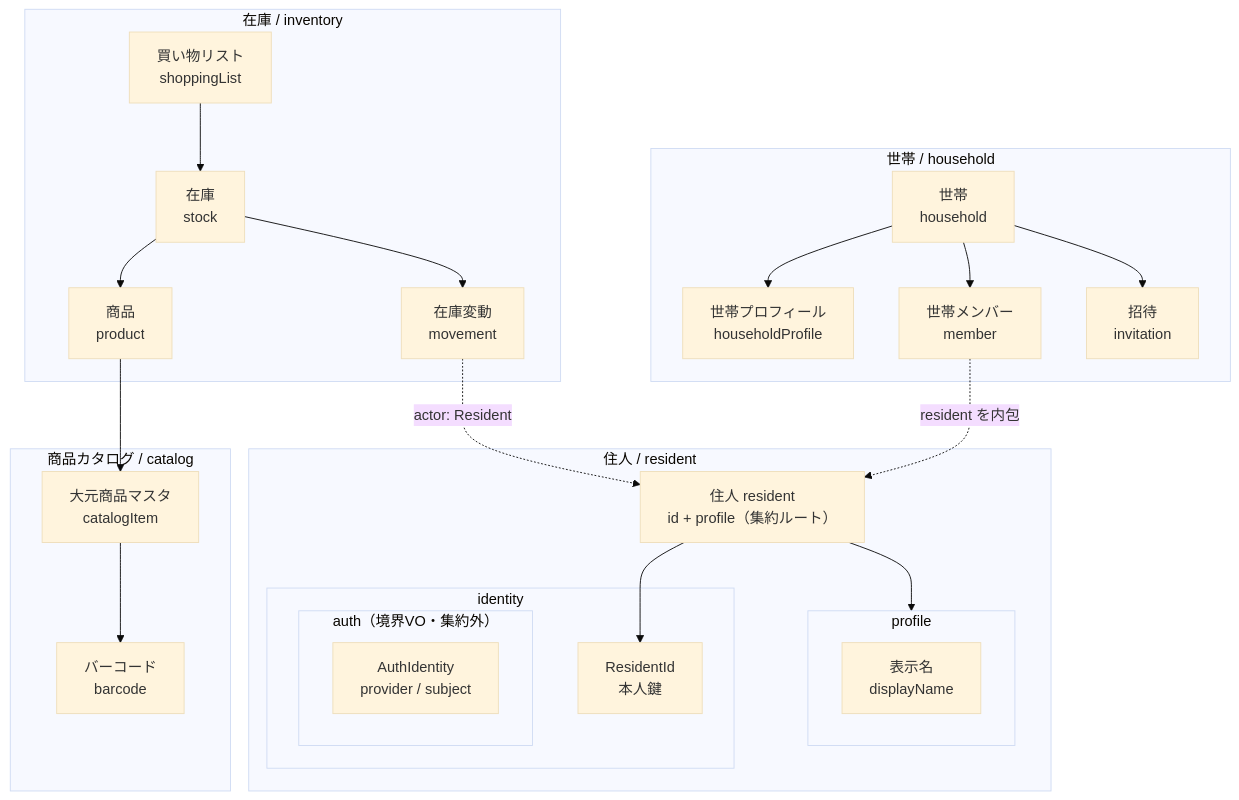
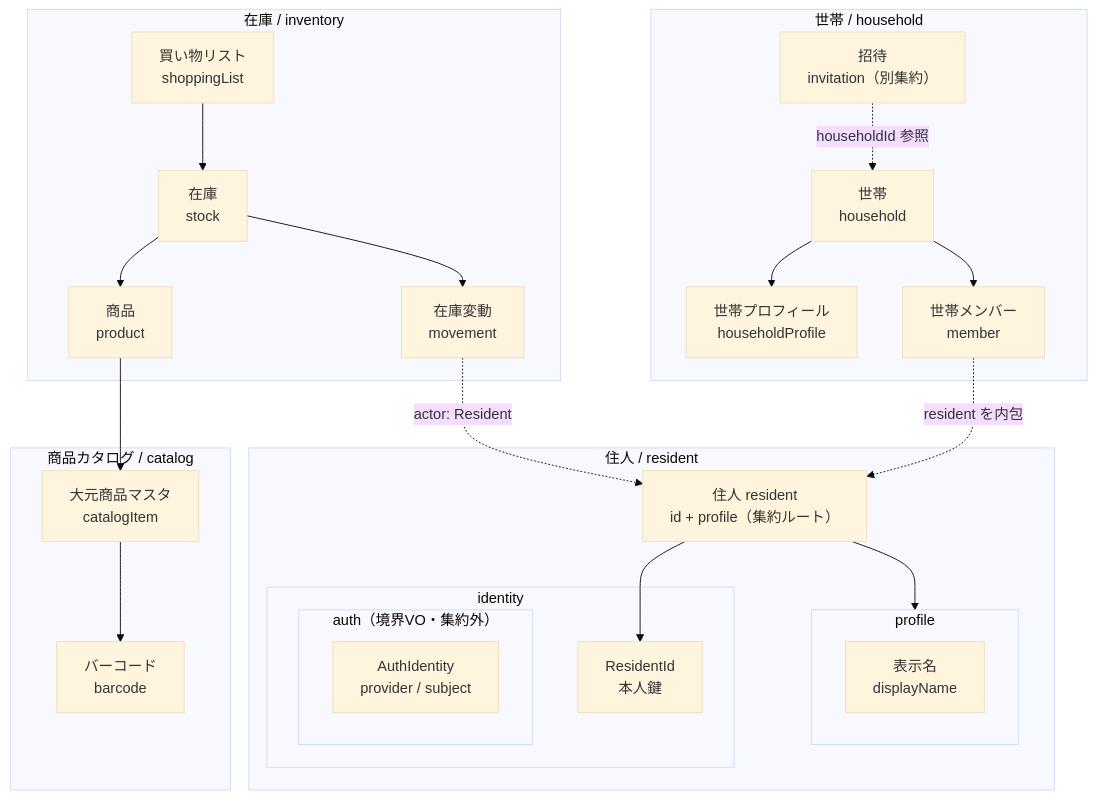
One commit to bright-room/mindstock changed the fourth of 9 diagrams in docs/superpowers/specs/2026-05-31-mindstock-full-replace-design/01-sudo-modeling.md. Above: the diagram before and after it, drawn with Mermaid (base theme). The commit also changed other lines of this file and 1 other file, not shown here.

````diff
--- a/docs/superpowers/specs/2026-05-31-mindstock-full-replace-design/01-sudo-modeling.md
+++ b/docs/superpowers/specs/2026-05-31-mindstock-full-replace-design/01-sudo-modeling.md
@@ -142,44 +142,44 @@
 ```mermaid
 flowchart TB
     subgraph resident["住人 / resident"]
         Resident["住人 resident<br/>id + profile（集約ルート）"]
         subgraph profile["profile"]
             DisplayName["表示名<br/>displayName"]
         end
         subgraph identity["identity"]
             ResidentId["ResidentId<br/>本人鍵"]
             subgraph auth["auth（境界VO・集約外）"]
                 AuthV["AuthIdentity<br/>provider / subject"]
             end
         end
     end
     subgraph household["世帯 / household"]
         HH["世帯<br/>household"]
         HProfile["世帯プロフィール<br/>householdProfile"]
         Member["世帯メンバー<br/>member"]
-        Invitation["招待<br/>invitation"]
+        Invitation["招待<br/>invitation（別集約）"]
     end
     subgraph catalog["商品カタログ / catalog"]
         CatItem["大元商品マスタ<br/>catalogItem"]
         Barcode["バーコード<br/>barcode"]
     end
     subgraph inventory["在庫 / inventory"]
         Product["商品<br/>product"]
         Stock["在庫<br/>stock"]
         Movement["在庫変動<br/>movement"]
         Shopping["買い物リスト<br/>shoppingList"]
     end
 
     Resident --> profile
     Resident --> ResidentId
     HH --> HProfile
     HH --> Member
-    HH --> Invitation
+    Invitation -.->|householdId 参照| HH
     Member -.->|resident を内包| Resident
     CatItem --> Barcode
     Product --> CatItem
     Stock --> Product
     Stock --> Movement
     Movement -.->|actor: Resident| Resident
     Shopping --> Stock
 ```
````
